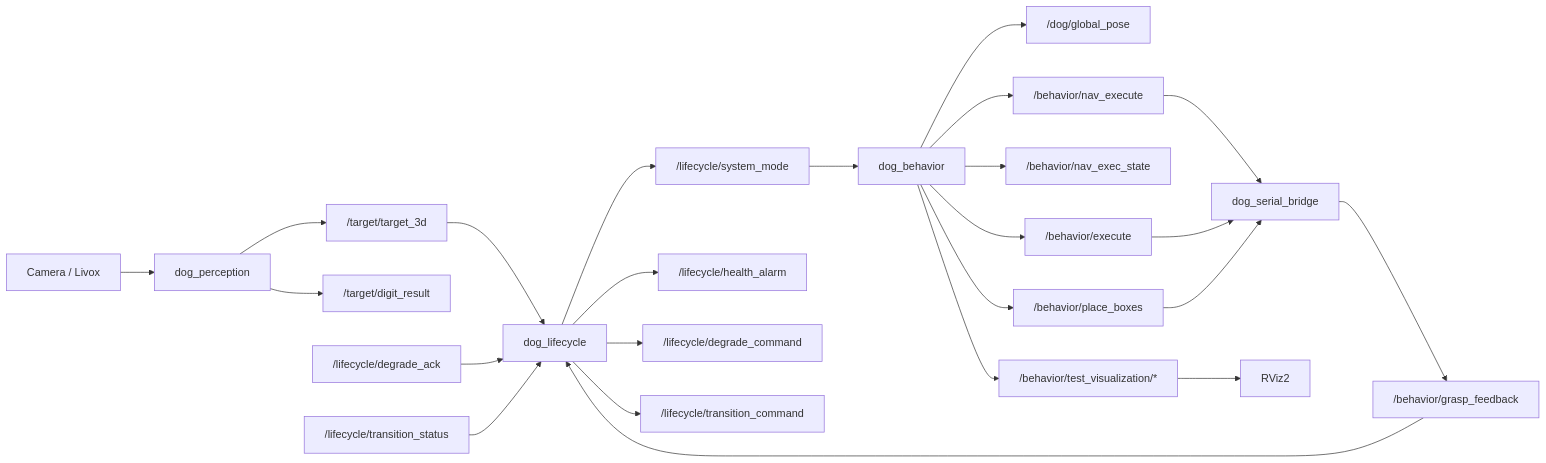
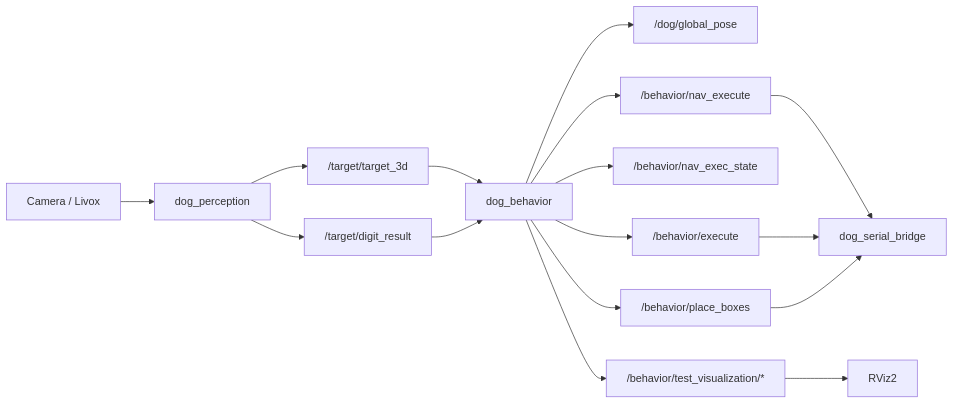
One commit to Phoenix-064/Dog changed the diagram in README.md. Above: the diagram before and after it, drawn with Mermaid. The commit also changed other lines of this file and 44 other files, not shown here.

```diff
--- a/README.md
+++ b/README.md
@@ -201,26 +197,18 @@
 ~~~mermaid
 flowchart LR
   A[Camera / Livox] --> B[dog_perception]
   B --> C["/target/target_3d"]
   B --> D["/target/digit_result"]
-  C --> E[dog_lifecycle]
-  E --> F["/lifecycle/system_mode"]
-  E --> G["/lifecycle/health_alarm"]
-  E --> Q["/lifecycle/degrade_command"]
-  R["/lifecycle/degrade_ack"] --> E
-  E --> S["/lifecycle/transition_command"]
-  T["/lifecycle/transition_status"] --> E
-  F --> H[dog_behavior]
+  C --> H[dog_behavior]
+  D --> H
   H --> I["/dog/global_pose"]
   H --> J["/behavior/nav_execute"]
   H --> K["/behavior/nav_exec_state"]
   H --> O["/behavior/test_visualization/*"]
   H --> L["/behavior/execute"]
   H --> M["/behavior/place_boxes"]
   J --> N[dog_serial_bridge]
   O --> P[RViz2]
   L --> N
   M --> N
-  N --> U["/behavior/grasp_feedback"]
-  U --> E
 ~~~
```
